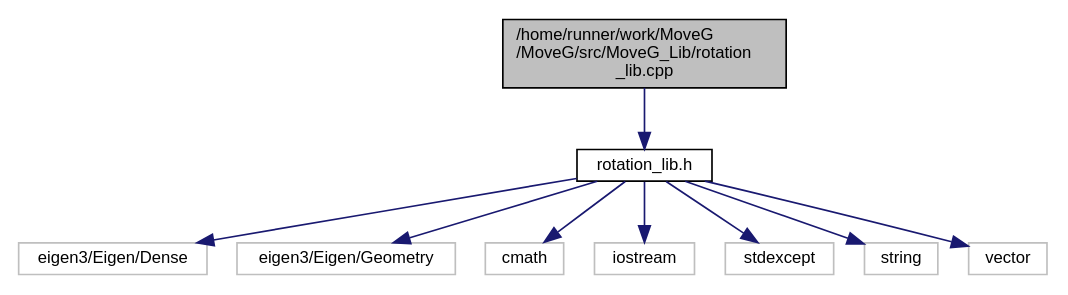
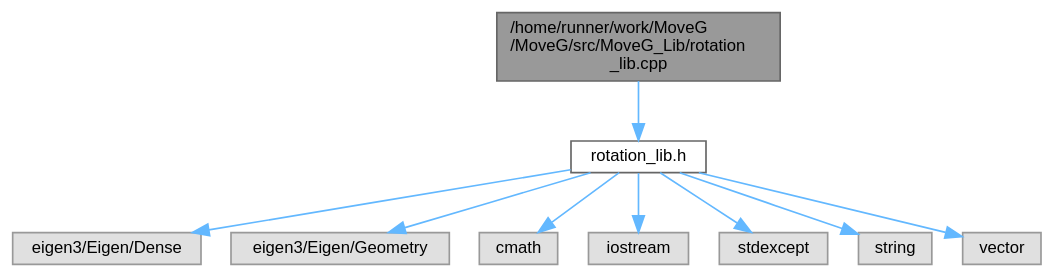
One commit to GiorgioMedico/MoveG changed the diagram in rotation__lib_8cpp__incl.dot. Above: the diagram before and after it, drawn with Graphviz. The commit also changed 164 other files, not shown here.

```diff
--- a/rotation__lib_8cpp__incl.dot
+++ b/rotation__lib_8cpp__incl.dot
@@ -1,23 +1,24 @@
 digraph "/home/runner/work/MoveG/MoveG/src/MoveG_Lib/rotation_lib.cpp"
 {
  // LATEX_PDF_SIZE
-  edge [fontname="Helvetica",fontsize="10",labelfontname="Helvetica",labelfontsize="10"];
-  node [fontname="Helvetica",fontsize="10",shape=record];
-  Node1 [label="/home/runner/work/MoveG\l/MoveG/src/MoveG_Lib/rotation\l_lib.cpp",height=0.2,width=0.4,color="black", fillcolor="grey75", style="filled", fontcolor="black",tooltip="Classe per la rappresentazione e manipolazione di rotazioni in 3D."];
-  Node1 -> Node2 [color="midnightblue",fontsize="10",style="solid",fontname="Helvetica"];
-  Node2 [label="rotation_lib.h",height=0.2,width=0.4,color="black", fillcolor="white", style="filled",URL="$rotation__lib_8h.html",tooltip="Classe per la rappresentazione e manipolazione di rotazioni in 3D."];
-  Node2 -> Node3 [color="midnightblue",fontsize="10",style="solid",fontname="Helvetica"];
-  Node3 [label="eigen3/Eigen/Dense",height=0.2,width=0.4,color="grey75", fillcolor="white", style="filled",tooltip=" "];
-  Node2 -> Node4 [color="midnightblue",fontsize="10",style="solid",fontname="Helvetica"];
-  Node4 [label="eigen3/Eigen/Geometry",height=0.2,width=0.4,color="grey75", fillcolor="white", style="filled",tooltip=" "];
-  Node2 -> Node5 [color="midnightblue",fontsize="10",style="solid",fontname="Helvetica"];
-  Node5 [label="cmath",height=0.2,width=0.4,color="grey75", fillcolor="white", style="filled",tooltip=" "];
-  Node2 -> Node6 [color="midnightblue",fontsize="10",style="solid",fontname="Helvetica"];
-  Node6 [label="iostream",height=0.2,width=0.4,color="grey75", fillcolor="white", style="filled",tooltip=" "];
-  Node2 -> Node7 [color="midnightblue",fontsize="10",style="solid",fontname="Helvetica"];
-  Node7 [label="stdexcept",height=0.2,width=0.4,color="grey75", fillcolor="white", style="filled",tooltip=" "];
-  Node2 -> Node8 [color="midnightblue",fontsize="10",style="solid",fontname="Helvetica"];
-  Node8 [label="string",height=0.2,width=0.4,color="grey75", fillcolor="white", style="filled",tooltip=" "];
-  Node2 -> Node9 [color="midnightblue",fontsize="10",style="solid",fontname="Helvetica"];
-  Node9 [label="vector",height=0.2,width=0.4,color="grey75", fillcolor="white", style="filled",tooltip=" "];
+  bgcolor="transparent";
+  edge [fontname=Helvetica,fontsize=10,labelfontname=Helvetica,labelfontsize=10];
+  node [fontname=Helvetica,fontsize=10,shape=box,height=0.2,width=0.4];
+  Node1 [id="Node000001",label="/home/runner/work/MoveG\l/MoveG/src/MoveG_Lib/rotation\l_lib.cpp",height=0.2,width=0.4,color="gray40", fillcolor="grey60", style="filled", fontcolor="black",tooltip="Classe per la rappresentazione e manipolazione di rotazioni in 3D."];
+  Node1 -> Node2 [id="edge1_Node000001_Node000002",color="steelblue1",style="solid",tooltip=" "];
+  Node2 [id="Node000002",label="rotation_lib.h",height=0.2,width=0.4,color="grey40", fillcolor="white", style="filled",URL="$rotation__lib_8h.html",tooltip="Classe per la rappresentazione e manipolazione di rotazioni in 3D."];
+  Node2 -> Node3 [id="edge2_Node000002_Node000003",color="steelblue1",style="solid",tooltip=" "];
+  Node3 [id="Node000003",label="eigen3/Eigen/Dense",height=0.2,width=0.4,color="grey60", fillcolor="#E0E0E0", style="filled",tooltip=" "];
+  Node2 -> Node4 [id="edge3_Node000002_Node000004",color="steelblue1",style="solid",tooltip=" "];
+  Node4 [id="Node000004",label="eigen3/Eigen/Geometry",height=0.2,width=0.4,color="grey60", fillcolor="#E0E0E0", style="filled",tooltip=" "];
+  Node2 -> Node5 [id="edge4_Node000002_Node000005",color="steelblue1",style="solid",tooltip=" "];
+  Node5 [id="Node000005",label="cmath",height=0.2,width=0.4,color="grey60", fillcolor="#E0E0E0", style="filled",tooltip=" "];
+  Node2 -> Node6 [id="edge5_Node000002_Node000006",color="steelblue1",style="solid",tooltip=" "];
+  Node6 [id="Node000006",label="iostream",height=0.2,width=0.4,color="grey60", fillcolor="#E0E0E0", style="filled",tooltip=" "];
+  Node2 -> Node7 [id="edge6_Node000002_Node000007",color="steelblue1",style="solid",tooltip=" "];
+  Node7 [id="Node000007",label="stdexcept",height=0.2,width=0.4,color="grey60", fillcolor="#E0E0E0", style="filled",tooltip=" "];
+  Node2 -> Node8 [id="edge7_Node000002_Node000008",color="steelblue1",style="solid",tooltip=" "];
+  Node8 [id="Node000008",label="string",height=0.2,width=0.4,color="grey60", fillcolor="#E0E0E0", style="filled",tooltip=" "];
+  Node2 -> Node9 [id="edge8_Node000002_Node000009",color="steelblue1",style="solid",tooltip=" "];
+  Node9 [id="Node000009",label="vector",height=0.2,width=0.4,color="grey60", fillcolor="#E0E0E0", style="filled",tooltip=" "];
 }
```
